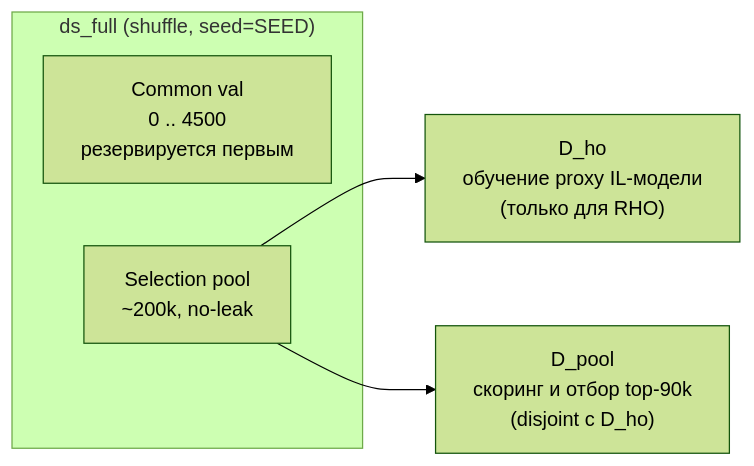
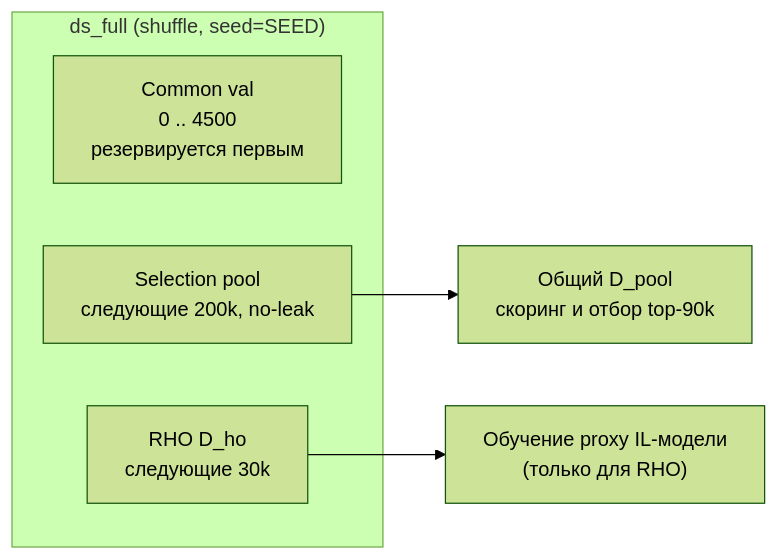
One commit to CHB-0r1s/diploma-public changed the second of 2 diagrams in README.md. Above: the diagram before and after it, drawn with Mermaid (forest theme). The commit also changed other lines of this file and 5 other files, not shown here.

Commit message:
add reproducible RHO-Loss selection

````diff
--- a/README.md
+++ b/README.md
@@ -38,9 +38,10 @@
 ```mermaid
 flowchart LR
     subgraph FULL["ds_full (shuffle, seed=SEED)"]
         V["Common val<br/>0 .. 4500<br/>резервируется первым"]
-        POOL["Selection pool<br/>~200k, no-leak"]
+        POOL["Selection pool<br/>следующие 200k, no-leak"]
+        DHO["RHO D_ho<br/>следующие 30k"]
     end
-    POOL --> DHO["D_ho<br/>обучение proxy IL-модели<br/>(только для RHO)"]
-    POOL --> DPOOL["D_pool<br/>скоринг и отбор top-90k<br/>(disjoint с D_ho)"]
+    DHO --> IL["Обучение proxy IL-модели<br/>(только для RHO)"]
+    POOL --> DPOOL["Общий D_pool<br/>скоринг и отбор top-90k"]
 ```
````
